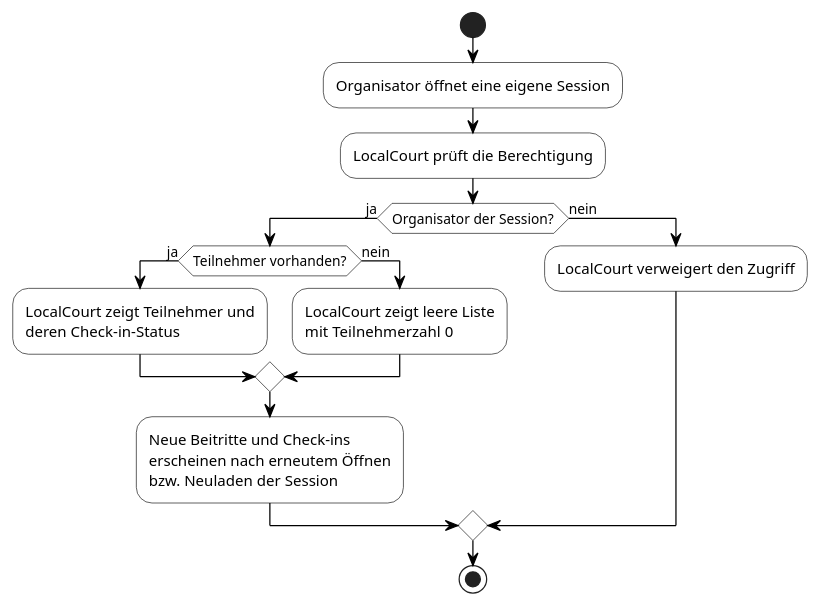
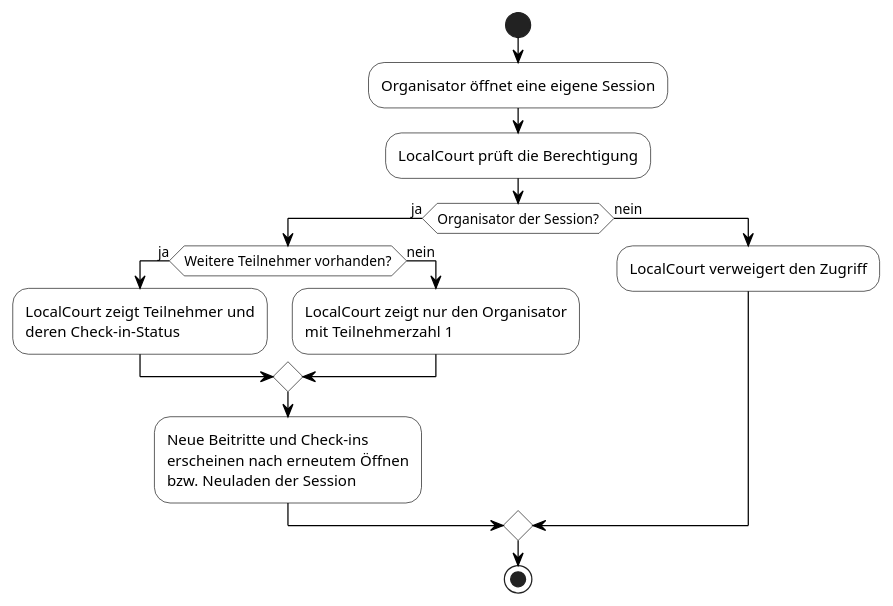
Before and after one commit to Finn5k/Wirtschaftsinformatik-Projekt-I: the diagram in docs/spec/diagrams/F2-uc07-teilnehmerliste-anzeigen.puml, drawn with PlantUML. The commit also changed 2 other files, not shown here.

```diff
--- a/docs/spec/diagrams/F2-uc07-teilnehmerliste-anzeigen.puml
+++ b/docs/spec/diagrams/F2-uc07-teilnehmerliste-anzeigen.puml
@@ -1,23 +1,23 @@
 @startuml F2-uc07-teilnehmerliste-anzeigen
 skinparam backgroundColor White
 skinparam activity {
   BackgroundColor White
   BorderColor Black
 }
 skinparam ArrowColor Black
 
 start
 :Organisator öffnet eine eigene Session;
 :LocalCourt prüft die Berechtigung;
 if (Organisator der Session?) then (ja)
-  if (Teilnehmer vorhanden?) then (ja)
+  if (Weitere Teilnehmer vorhanden?) then (ja)
     :LocalCourt zeigt Teilnehmer und\nderen Check-in-Status;
   else (nein)
-    :LocalCourt zeigt leere Liste\nmit Teilnehmerzahl 0;
+    :LocalCourt zeigt nur den Organisator\nmit Teilnehmerzahl 1;
   endif
   :Neue Beitritte und Check-ins\nerscheinen nach erneutem Öffnen\nbzw. Neuladen der Session;
 else (nein)
   :LocalCourt verweigert den Zugriff;
 endif
 stop
 @enduml
```
